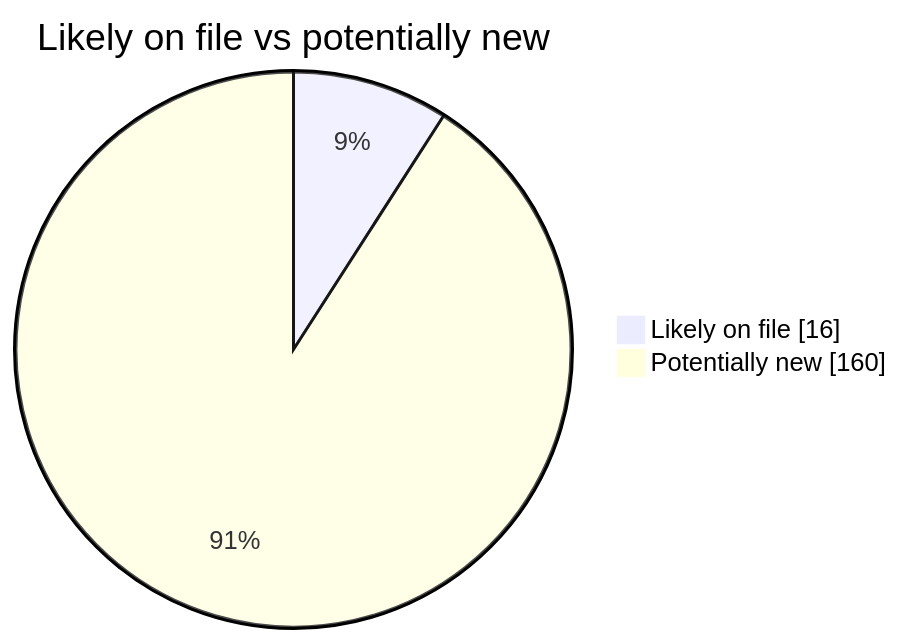
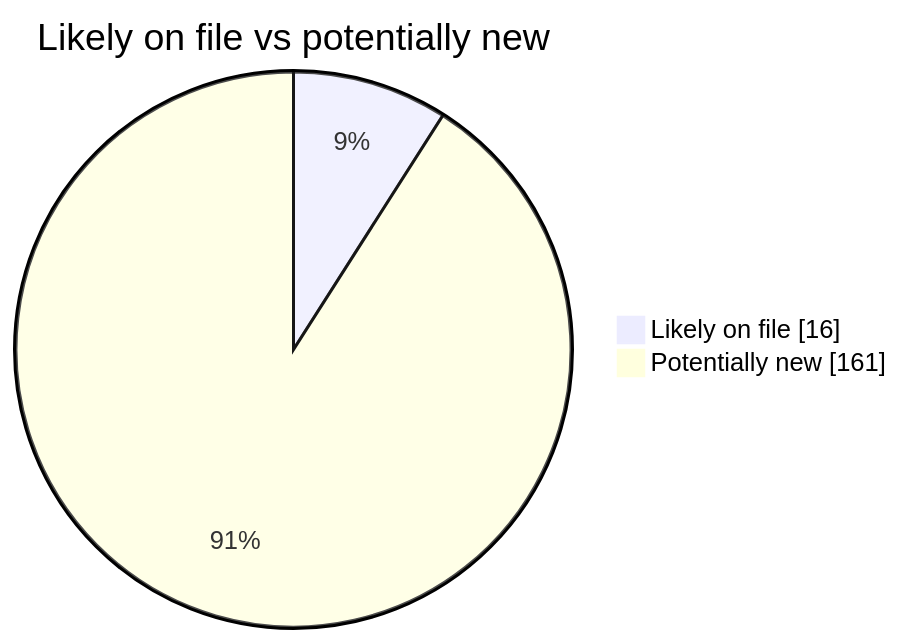
The second of 4 diagrams in README.md (martinbalfanz/social-scanner-reports), drawn with Mermaid before and after one commit. The commit also changed other lines of this file and 2 other files, not shown here.

````diff
--- a/README.md
+++ b/README.md
@@ -40,5 +40,5 @@
 ```mermaid
 pie showData title Likely on file vs potentially new
     "Likely on file" : 16
-    "Potentially new" : 160
+    "Potentially new" : 161
 ```
````
